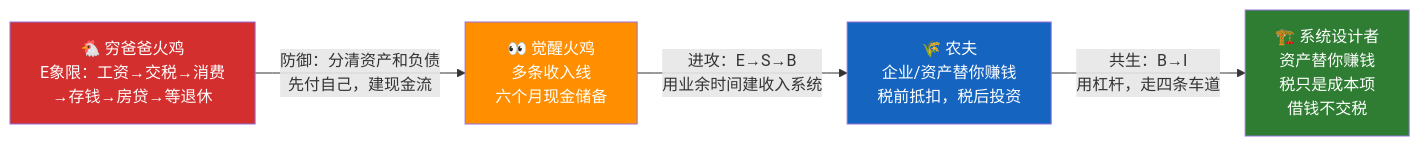
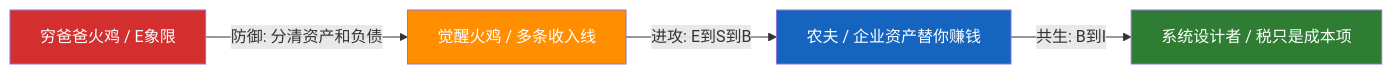
Before and after one commit to pengjizhang/pengjizhang.github.io: the second of 2 diagrams in fire-turkey-poor-dad.md, drawn with Mermaid. The commit also changed other lines of this file, not shown here.

Commit message:
修复Mermaid图表：去掉emoji和特殊字符避免解析错误

````diff
--- a/fire-turkey-poor-dad.md
+++ b/fire-turkey-poor-dad.md
@@ -239,12 +239,10 @@
 ```mermaid
 graph LR
-    A["🐔 穷爸爸火鸡<br/>E象限：工资→交税→消费<br/>→存钱→房贷→等退休"] 
-    -->|"防御：分清资产和负债<br/>先付自己，建现金流"| B["👀 觉醒火鸡<br/>多条收入线<br/>六个月现金储备"]
-    B -->|"进攻：E→S→B<br/>用业余时间建收入系统"| C["🌾 农夫<br/>企业/资产替你赚钱<br/>税前抵扣，税后投资"]
-    C -->|"共生：B→I<br/>用杠杆，走四条车道"| D["🏗️ 系统设计者<br/>资产替你赚钱<br/>税只是成本项<br/>借钱不交税"]
-    
+    A["穷爸爸火鸡 / E象限"] -->|"防御: 分清资产和负债"| B["觉醒火鸡 / 多条收入线"]
+    B -->|"进攻: E到S到B"| C["农夫 / 企业资产替你赚钱"]
+    C -->|"共生: B到I"| D["系统设计者 / 税只是成本项"]
     style A fill:#d32f2f,color:#fff
     style B fill:#ff8f00,color:#fff
     style C fill:#1565c0,color:#fff
     style D fill:#2e7d32,color:#fff
 ```
````
